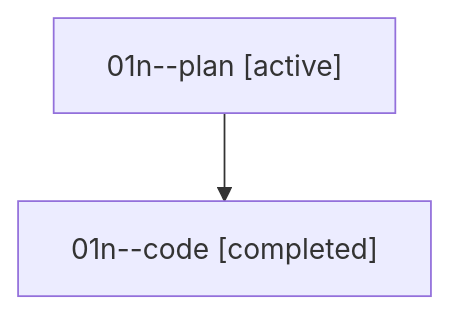
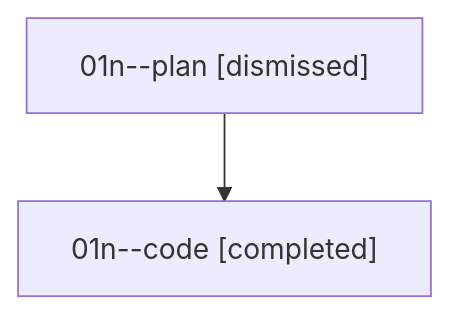
The diagram in sessions/bbugyi200.athena.01n.md (sase-org/sase--agents), drawn with Mermaid before and after one commit. The commit also changed other lines of this file and 24 other files, not shown here.

````diff
--- a/sessions/bbugyi200.athena.01n.md
+++ b/sessions/bbugyi200.athena.01n.md
@@ -9,6 +9,6 @@
 ```mermaid
 flowchart TD
-  n0["01n--plan [active]"]
+  n0["01n--plan [dismissed]"]
   n1["01n--code [completed]"]
   n0 --> n1
 ```
````
